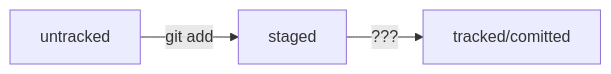
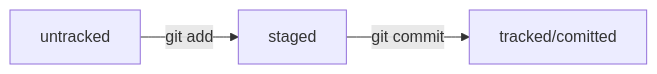
One commit to YuriLuchinkin/helper-git changed the diagram in README.md. Above: the diagram before and after it, drawn with Mermaid. The commit also changed other lines of this file, not shown here.

Commit message:
Исправить про статусы файлов в Git

````diff
--- a/README.md
+++ b/README.md
@@ -65,5 +65,5 @@
 ```mermaid
 graph LR;
   untracked -- "git add" --> staged;
-  staged    -- "???"     --> tracked/comitted;
+  staged    -- "git commit"     --> tracked/comitted;
 ``` 
````
